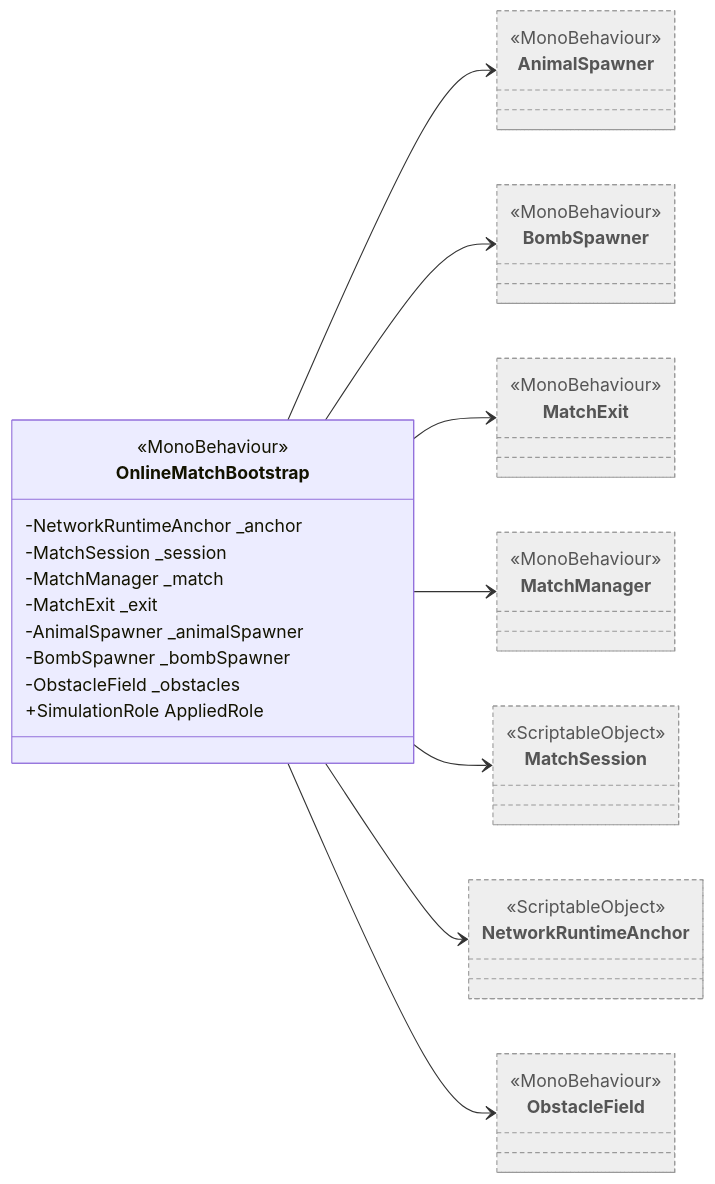
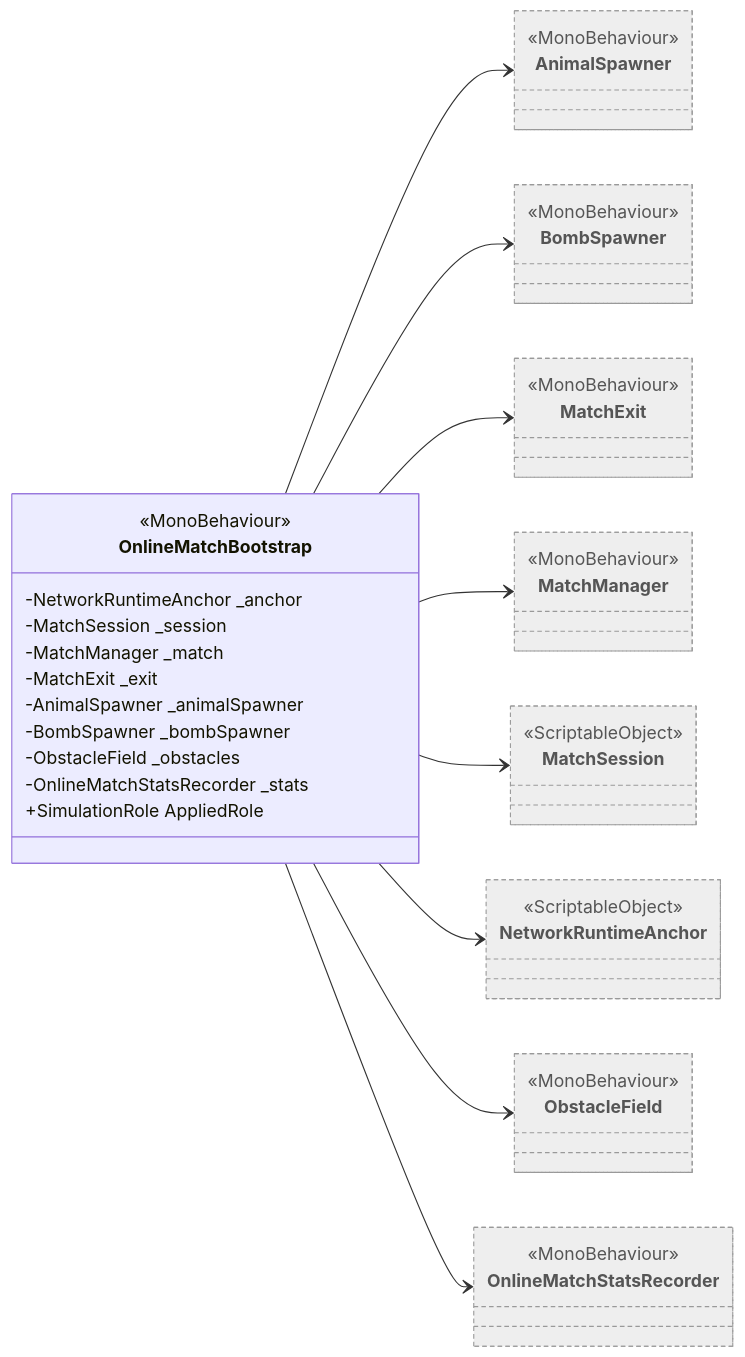
Before and after one commit to Chacashi/Alien-Farms: the diagram in Docs/Arquitectura/Clases/Networking/OnlineMatchBootstrap.md, drawn with Mermaid. The commit also changed other lines of this file and 257 other files, not shown here.

````diff
--- a/Docs/Arquitectura/Clases/Networking/OnlineMatchBootstrap.md
+++ b/Docs/Arquitectura/Clases/Networking/OnlineMatchBootstrap.md
@@ -18,37 +18,41 @@
 ```mermaid
 classDiagram
   direction LR
   class OnlineMatchBootstrap {
     <<MonoBehaviour>>
     -NetworkRuntimeAnchor _anchor
     -MatchSession _session
     -MatchManager _match
     -MatchExit _exit
     -AnimalSpawner _animalSpawner
     -BombSpawner _bombSpawner
     -ObstacleField _obstacles
+    -OnlineMatchStatsRecorder _stats
     +SimulationRole AppliedRole
   }
   class AnimalSpawner:::external
   <<MonoBehaviour>> AnimalSpawner
   class BombSpawner:::external
   <<MonoBehaviour>> BombSpawner
   class MatchExit:::external
   <<MonoBehaviour>> MatchExit
   class MatchManager:::external
   <<MonoBehaviour>> MatchManager
   class MatchSession:::external
   <<ScriptableObject>> MatchSession
   class NetworkRuntimeAnchor:::external
   <<ScriptableObject>> NetworkRuntimeAnchor
   class ObstacleField:::external
   <<MonoBehaviour>> ObstacleField
+  class OnlineMatchStatsRecorder:::external
+  <<MonoBehaviour>> OnlineMatchStatsRecorder
   OnlineMatchBootstrap --> AnimalSpawner
   OnlineMatchBootstrap --> BombSpawner
   OnlineMatchBootstrap --> MatchExit
   OnlineMatchBootstrap --> MatchManager
   OnlineMatchBootstrap --> MatchSession
   OnlineMatchBootstrap --> NetworkRuntimeAnchor
   OnlineMatchBootstrap --> ObstacleField
+  OnlineMatchBootstrap --> OnlineMatchStatsRecorder
   classDef external fill:#eee,stroke:#999,stroke-dasharray: 4 3,color:#555
 ```
````
